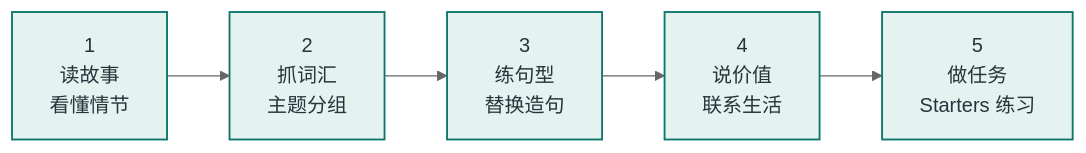
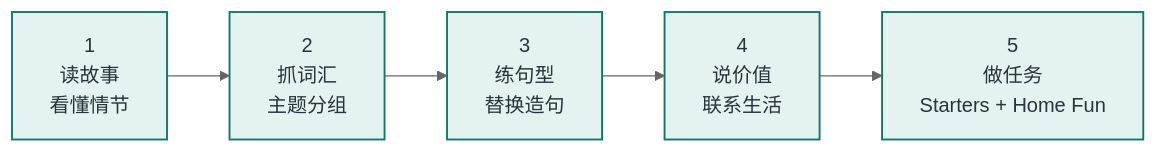
Before and after one commit to wangwx2019/storyfun: the diagram in content/home.md, drawn with Mermaid (neutral theme). The commit also changed other lines of this file and 14 other files, not shown here.

Commit message:
Add Home Fun practice and answer keys to unit pages

````diff
--- a/content/home.md
+++ b/content/home.md
@@ -27,9 +27,9 @@
 ```mermaid
 flowchart LR
   A["1<br/>读故事<br/>看懂情节"] --> B["2<br/>抓词汇<br/>主题分组"]
   B --> C["3<br/>练句型<br/>替换造句"]
   C --> D["4<br/>说价值<br/>联系生活"]
-  D --> E["5<br/>做任务<br/>Starters 练习"]
+  D --> E["5<br/>做任务<br/>Starters + Home Fun"]
   classDef step fill:#e4f3ef,stroke:#0f766e,stroke-width:1.5px,color:#26353c
   class A,B,C,D,E step
 ```
````
